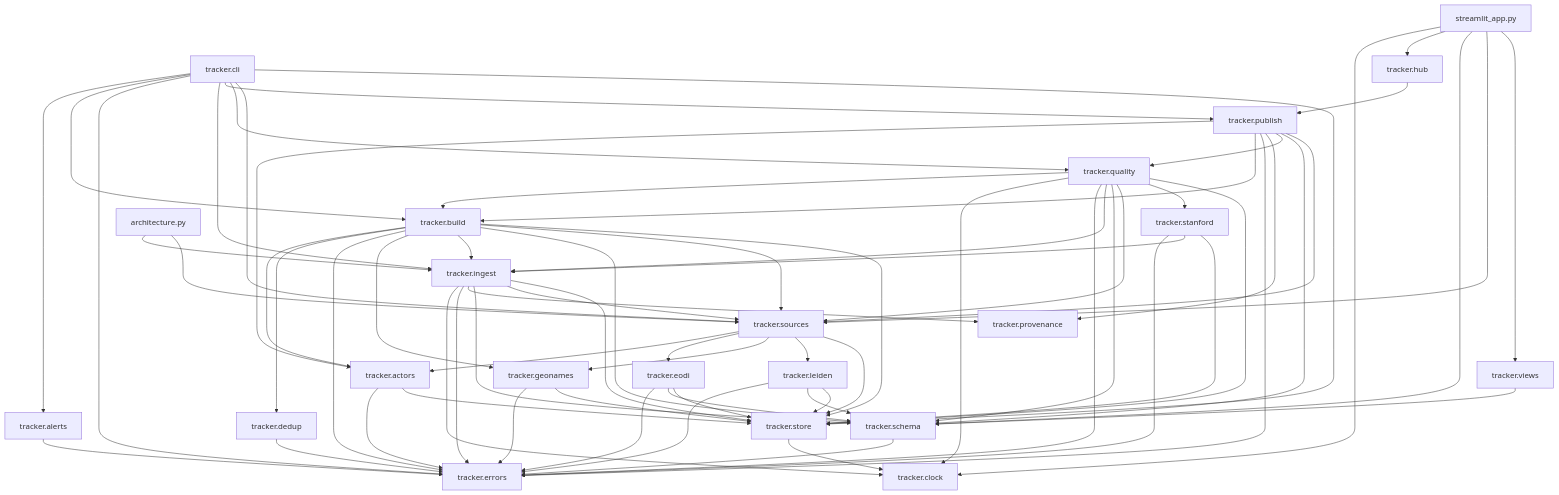
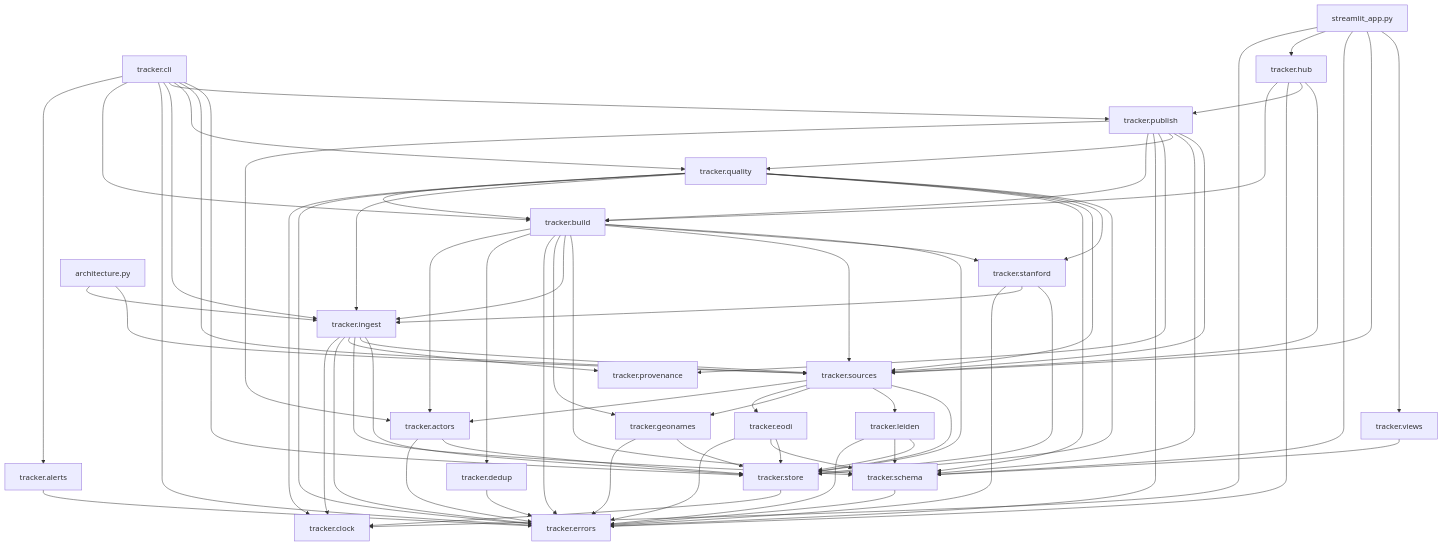
One commit to tryph0n/hybrid-tracker changed the third of 3 diagrams in docs/architecture.md. Above: the diagram before and after it, drawn with Mermaid. The commit also changed other lines of this file and 8 other files, not shown here.

First line of the commit message:
feat(build): publish the Stanford context table in the NC dataset and the app

```diff
--- a/docs/architecture.md
+++ b/docs/architecture.md
@@ -196,6 +196,7 @@
   module_tracker_build --> module_tracker_ingest
   module_tracker_build --> module_tracker_schema
   module_tracker_build --> module_tracker_sources
+  module_tracker_build --> module_tracker_stanford
   module_tracker_build --> module_tracker_store
   module_tracker_cli --> module_tracker_alerts
   module_tracker_cli --> module_tracker_build
@@ -211,7 +212,10 @@
   module_tracker_eodi --> module_tracker_store
   module_tracker_geonames --> module_tracker_errors
   module_tracker_geonames --> module_tracker_store
+  module_tracker_hub --> module_tracker_build
+  module_tracker_hub --> module_tracker_errors
   module_tracker_hub --> module_tracker_publish
+  module_tracker_hub --> module_tracker_sources
   module_tracker_ingest --> module_tracker_clock
   module_tracker_ingest --> module_tracker_errors
   module_tracker_ingest --> module_tracker_provenance
```
